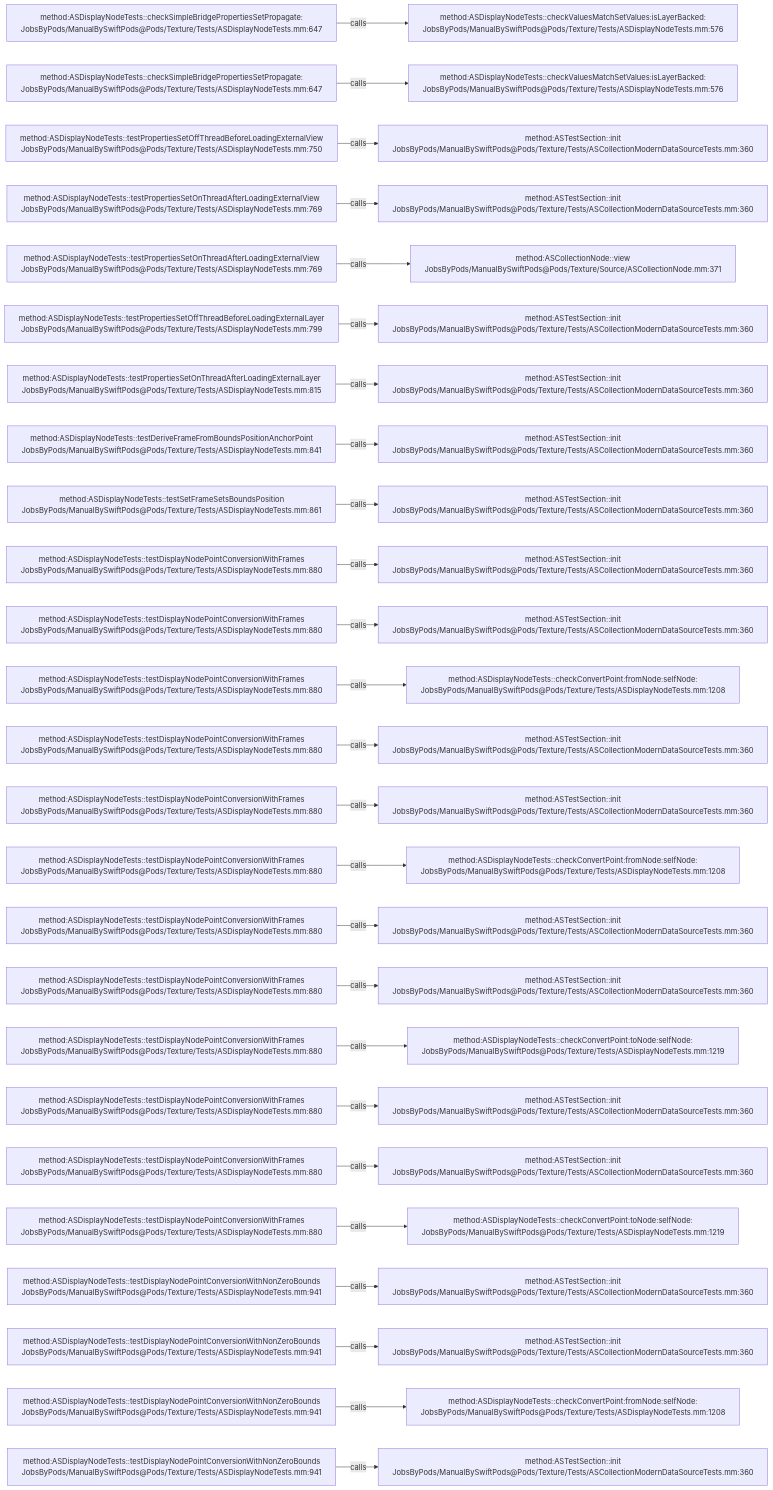
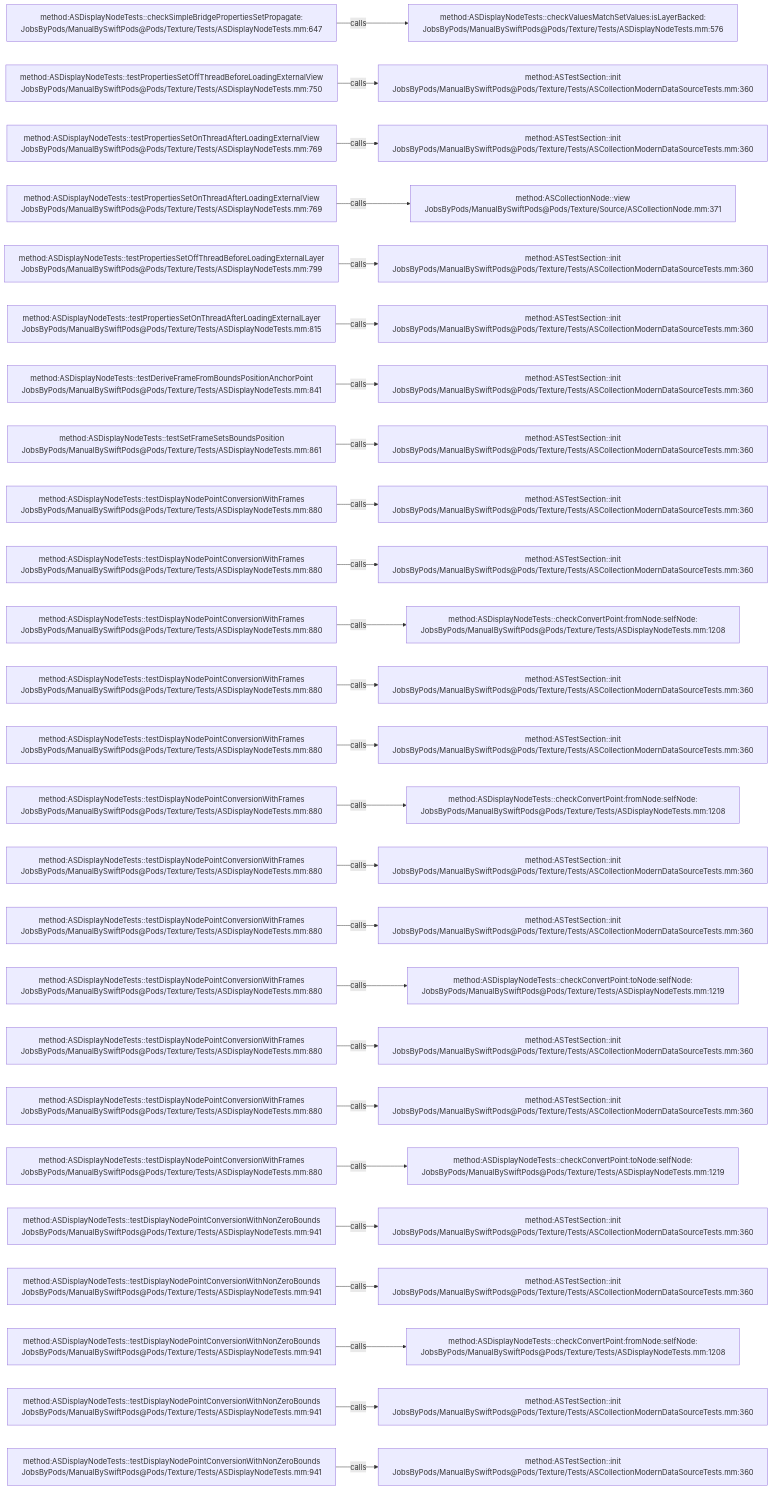
One commit to JobsKits/JobsSwiftBaseConfigDemo changed the diagram in .codegraph/codegraph.md/graphs/calls-188.md. Above: the diagram before and after it, drawn with Mermaid. The commit also changed 747 other files, not shown here.

````diff
--- a/.codegraph/codegraph.md/graphs/calls-188.md
+++ b/.codegraph/codegraph.md/graphs/calls-188.md
@@ -13,78 +13,78 @@
 ```mermaid
 flowchart LR
   S1["method:ASDisplayNodeTests::checkSimpleBridgePropertiesSetPropagate:<br/>JobsByPods/ManualBySwiftPods@Pods/Texture/Tests/ASDisplayNodeTests.mm:647"]
   T1["method:ASDisplayNodeTests::checkValuesMatchSetValues:isLayerBacked:<br/>JobsByPods/ManualBySwiftPods@Pods/Texture/Tests/ASDisplayNodeTests.mm:576"]
   S1 -->|calls| T1
-  S2["method:ASDisplayNodeTests::checkSimpleBridgePropertiesSetPropagate:<br/>JobsByPods/ManualBySwiftPods@Pods/Texture/Tests/ASDisplayNodeTests.mm:647"]
-  T2["method:ASDisplayNodeTests::checkValuesMatchSetValues:isLayerBacked:<br/>JobsByPods/ManualBySwiftPods@Pods/Texture/Tests/ASDisplayNodeTests.mm:576"]
+  S2["method:ASDisplayNodeTests::testPropertiesSetOffThreadBeforeLoadingExternalView<br/>JobsByPods/ManualBySwiftPods@Pods/Texture/Tests/ASDisplayNodeTests.mm:750"]
+  T2["method:ASTestSection::init<br/>JobsByPods/ManualBySwiftPods@Pods/Texture/Tests/ASCollectionModernDataSourceTests.mm:360"]
   S2 -->|calls| T2
-  S3["method:ASDisplayNodeTests::testPropertiesSetOffThreadBeforeLoadingExternalView<br/>JobsByPods/ManualBySwiftPods@Pods/Texture/Tests/ASDisplayNodeTests.mm:750"]
+  S3["method:ASDisplayNodeTests::testPropertiesSetOnThreadAfterLoadingExternalView<br/>JobsByPods/ManualBySwiftPods@Pods/Texture/Tests/ASDisplayNodeTests.mm:769"]
   T3["method:ASTestSection::init<br/>JobsByPods/ManualBySwiftPods@Pods/Texture/Tests/ASCollectionModernDataSourceTests.mm:360"]
   S3 -->|calls| T3
   S4["method:ASDisplayNodeTests::testPropertiesSetOnThreadAfterLoadingExternalView<br/>JobsByPods/ManualBySwiftPods@Pods/Texture/Tests/ASDisplayNodeTests.mm:769"]
-  T4["method:ASTestSection::init<br/>JobsByPods/ManualBySwiftPods@Pods/Texture/Tests/ASCollectionModernDataSourceTests.mm:360"]
+  T4["method:ASCollectionNode::view<br/>JobsByPods/ManualBySwiftPods@Pods/Texture/Source/ASCollectionNode.mm:371"]
   S4 -->|calls| T4
-  S5["method:ASDisplayNodeTests::testPropertiesSetOnThreadAfterLoadingExternalView<br/>JobsByPods/ManualBySwiftPods@Pods/Texture/Tests/ASDisplayNodeTests.mm:769"]
-  T5["method:ASCollectionNode::view<br/>JobsByPods/ManualBySwiftPods@Pods/Texture/Source/ASCollectionNode.mm:371"]
+  S5["method:ASDisplayNodeTests::testPropertiesSetOffThreadBeforeLoadingExternalLayer<br/>JobsByPods/ManualBySwiftPods@Pods/Texture/Tests/ASDisplayNodeTests.mm:799"]
+  T5["method:ASTestSection::init<br/>JobsByPods/ManualBySwiftPods@Pods/Texture/Tests/ASCollectionModernDataSourceTests.mm:360"]
   S5 -->|calls| T5
-  S6["method:ASDisplayNodeTests::testPropertiesSetOffThreadBeforeLoadingExternalLayer<br/>JobsByPods/ManualBySwiftPods@Pods/Texture/Tests/ASDisplayNodeTests.mm:799"]
+  S6["method:ASDisplayNodeTests::testPropertiesSetOnThreadAfterLoadingExternalLayer<br/>JobsByPods/ManualBySwiftPods@Pods/Texture/Tests/ASDisplayNodeTests.mm:815"]
   T6["method:ASTestSection::init<br/>JobsByPods/ManualBySwiftPods@Pods/Texture/Tests/ASCollectionModernDataSourceTests.mm:360"]
   S6 -->|calls| T6
-  S7["method:ASDisplayNodeTests::testPropertiesSetOnThreadAfterLoadingExternalLayer<br/>JobsByPods/ManualBySwiftPods@Pods/Texture/Tests/ASDisplayNodeTests.mm:815"]
+  S7["method:ASDisplayNodeTests::testDeriveFrameFromBoundsPositionAnchorPoint<br/>JobsByPods/ManualBySwiftPods@Pods/Texture/Tests/ASDisplayNodeTests.mm:841"]
   T7["method:ASTestSection::init<br/>JobsByPods/ManualBySwiftPods@Pods/Texture/Tests/ASCollectionModernDataSourceTests.mm:360"]
   S7 -->|calls| T7
-  S8["method:ASDisplayNodeTests::testDeriveFrameFromBoundsPositionAnchorPoint<br/>JobsByPods/ManualBySwiftPods@Pods/Texture/Tests/ASDisplayNodeTests.mm:841"]
+  S8["method:ASDisplayNodeTests::testSetFrameSetsBoundsPosition<br/>JobsByPods/ManualBySwiftPods@Pods/Texture/Tests/ASDisplayNodeTests.mm:861"]
   T8["method:ASTestSection::init<br/>JobsByPods/ManualBySwiftPods@Pods/Texture/Tests/ASCollectionModernDataSourceTests.mm:360"]
   S8 -->|calls| T8
-  S9["method:ASDisplayNodeTests::testSetFrameSetsBoundsPosition<br/>JobsByPods/ManualBySwiftPods@Pods/Texture/Tests/ASDisplayNodeTests.mm:861"]
+  S9["method:ASDisplayNodeTests::testDisplayNodePointConversionWithFrames<br/>JobsByPods/ManualBySwiftPods@Pods/Texture/Tests/ASDisplayNodeTests.mm:880"]
   T9["method:ASTestSection::init<br/>JobsByPods/ManualBySwiftPods@Pods/Texture/Tests/ASCollectionModernDataSourceTests.mm:360"]
   S9 -->|calls| T9
   S10["method:ASDisplayNodeTests::testDisplayNodePointConversionWithFrames<br/>JobsByPods/ManualBySwiftPods@Pods/Texture/Tests/ASDisplayNodeTests.mm:880"]
   T10["method:ASTestSection::init<br/>JobsByPods/ManualBySwiftPods@Pods/Texture/Tests/ASCollectionModernDataSourceTests.mm:360"]
   S10 -->|calls| T10
   S11["method:ASDisplayNodeTests::testDisplayNodePointConversionWithFrames<br/>JobsByPods/ManualBySwiftPods@Pods/Texture/Tests/ASDisplayNodeTests.mm:880"]
-  T11["method:ASTestSection::init<br/>JobsByPods/ManualBySwiftPods@Pods/Texture/Tests/ASCollectionModernDataSourceTests.mm:360"]
+  T11["method:ASDisplayNodeTests::checkConvertPoint:fromNode:selfNode:<br/>JobsByPods/ManualBySwiftPods@Pods/Texture/Tests/ASDisplayNodeTests.mm:1208"]
   S11 -->|calls| T11
   S12["method:ASDisplayNodeTests::testDisplayNodePointConversionWithFrames<br/>JobsByPods/ManualBySwiftPods@Pods/Texture/Tests/ASDisplayNodeTests.mm:880"]
-  T12["method:ASDisplayNodeTests::checkConvertPoint:fromNode:selfNode:<br/>JobsByPods/ManualBySwiftPods@Pods/Texture/Tests/ASDisplayNodeTests.mm:1208"]
+  T12["method:ASTestSection::init<br/>JobsByPods/ManualBySwiftPods@Pods/Texture/Tests/ASCollectionModernDataSourceTests.mm:360"]
   S12 -->|calls| T12
   S13["method:ASDisplayNodeTests::testDisplayNodePointConversionWithFrames<br/>JobsByPods/ManualBySwiftPods@Pods/Texture/Tests/ASDisplayNodeTests.mm:880"]
   T13["method:ASTestSection::init<br/>JobsByPods/ManualBySwiftPods@Pods/Texture/Tests/ASCollectionModernDataSourceTests.mm:360"]
   S13 -->|calls| T13
   S14["method:ASDisplayNodeTests::testDisplayNodePointConversionWithFrames<br/>JobsByPods/ManualBySwiftPods@Pods/Texture/Tests/ASDisplayNodeTests.mm:880"]
-  T14["method:ASTestSection::init<br/>JobsByPods/ManualBySwiftPods@Pods/Texture/Tests/ASCollectionModernDataSourceTests.mm:360"]
+  T14["method:ASDisplayNodeTests::checkConvertPoint:fromNode:selfNode:<br/>JobsByPods/ManualBySwiftPods@Pods/Texture/Tests/ASDisplayNodeTests.mm:1208"]
   S14 -->|calls| T14
   S15["method:ASDisplayNodeTests::testDisplayNodePointConversionWithFrames<br/>JobsByPods/ManualBySwiftPods@Pods/Texture/Tests/ASDisplayNodeTests.mm:880"]
-  T15["method:ASDisplayNodeTests::checkConvertPoint:fromNode:selfNode:<br/>JobsByPods/ManualBySwiftPods@Pods/Texture/Tests/ASDisplayNodeTests.mm:1208"]
+  T15["method:ASTestSection::init<br/>JobsByPods/ManualBySwiftPods@Pods/Texture/Tests/ASCollectionModernDataSourceTests.mm:360"]
   S15 -->|calls| T15
   S16["method:ASDisplayNodeTests::testDisplayNodePointConversionWithFrames<br/>JobsByPods/ManualBySwiftPods@Pods/Texture/Tests/ASDisplayNodeTests.mm:880"]
   T16["method:ASTestSection::init<br/>JobsByPods/ManualBySwiftPods@Pods/Texture/Tests/ASCollectionModernDataSourceTests.mm:360"]
   S16 -->|calls| T16
   S17["method:ASDisplayNodeTests::testDisplayNodePointConversionWithFrames<br/>JobsByPods/ManualBySwiftPods@Pods/Texture/Tests/ASDisplayNodeTests.mm:880"]
-  T17["method:ASTestSection::init<br/>JobsByPods/ManualBySwiftPods@Pods/Texture/Tests/ASCollectionModernDataSourceTests.mm:360"]
+  T17["method:ASDisplayNodeTests::checkConvertPoint:toNode:selfNode:<br/>JobsByPods/ManualBySwiftPods@Pods/Texture/Tests/ASDisplayNodeTests.mm:1219"]
   S17 -->|calls| T17
   S18["method:ASDisplayNodeTests::testDisplayNodePointConversionWithFrames<br/>JobsByPods/ManualBySwiftPods@Pods/Texture/Tests/ASDisplayNodeTests.mm:880"]
-  T18["method:ASDisplayNodeTests::checkConvertPoint:toNode:selfNode:<br/>JobsByPods/ManualBySwiftPods@Pods/Texture/Tests/ASDisplayNodeTests.mm:1219"]
+  T18["method:ASTestSection::init<br/>JobsByPods/ManualBySwiftPods@Pods/Texture/Tests/ASCollectionModernDataSourceTests.mm:360"]
   S18 -->|calls| T18
   S19["method:ASDisplayNodeTests::testDisplayNodePointConversionWithFrames<br/>JobsByPods/ManualBySwiftPods@Pods/Texture/Tests/ASDisplayNodeTests.mm:880"]
   T19["method:ASTestSection::init<br/>JobsByPods/ManualBySwiftPods@Pods/Texture/Tests/ASCollectionModernDataSourceTests.mm:360"]
   S19 -->|calls| T19
   S20["method:ASDisplayNodeTests::testDisplayNodePointConversionWithFrames<br/>JobsByPods/ManualBySwiftPods@Pods/Texture/Tests/ASDisplayNodeTests.mm:880"]
-  T20["method:ASTestSection::init<br/>JobsByPods/ManualBySwiftPods@Pods/Texture/Tests/ASCollectionModernDataSourceTests.mm:360"]
+  T20["method:ASDisplayNodeTests::checkConvertPoint:toNode:selfNode:<br/>JobsByPods/ManualBySwiftPods@Pods/Texture/Tests/ASDisplayNodeTests.mm:1219"]
   S20 -->|calls| T20
-  S21["method:ASDisplayNodeTests::testDisplayNodePointConversionWithFrames<br/>JobsByPods/ManualBySwiftPods@Pods/Texture/Tests/ASDisplayNodeTests.mm:880"]
-  T21["method:ASDisplayNodeTests::checkConvertPoint:toNode:selfNode:<br/>JobsByPods/ManualBySwiftPods@Pods/Texture/Tests/ASDisplayNodeTests.mm:1219"]
+  S21["method:ASDisplayNodeTests::testDisplayNodePointConversionWithNonZeroBounds<br/>JobsByPods/ManualBySwiftPods@Pods/Texture/Tests/ASDisplayNodeTests.mm:941"]
+  T21["method:ASTestSection::init<br/>JobsByPods/ManualBySwiftPods@Pods/Texture/Tests/ASCollectionModernDataSourceTests.mm:360"]
   S21 -->|calls| T21
   S22["method:ASDisplayNodeTests::testDisplayNodePointConversionWithNonZeroBounds<br/>JobsByPods/ManualBySwiftPods@Pods/Texture/Tests/ASDisplayNodeTests.mm:941"]
   T22["method:ASTestSection::init<br/>JobsByPods/ManualBySwiftPods@Pods/Texture/Tests/ASCollectionModernDataSourceTests.mm:360"]
   S22 -->|calls| T22
   S23["method:ASDisplayNodeTests::testDisplayNodePointConversionWithNonZeroBounds<br/>JobsByPods/ManualBySwiftPods@Pods/Texture/Tests/ASDisplayNodeTests.mm:941"]
-  T23["method:ASTestSection::init<br/>JobsByPods/ManualBySwiftPods@Pods/Texture/Tests/ASCollectionModernDataSourceTests.mm:360"]
+  T23["method:ASDisplayNodeTests::checkConvertPoint:fromNode:selfNode:<br/>JobsByPods/ManualBySwiftPods@Pods/Texture/Tests/ASDisplayNodeTests.mm:1208"]
   S23 -->|calls| T23
   S24["method:ASDisplayNodeTests::testDisplayNodePointConversionWithNonZeroBounds<br/>JobsByPods/ManualBySwiftPods@Pods/Texture/Tests/ASDisplayNodeTests.mm:941"]
-  T24["method:ASDisplayNodeTests::checkConvertPoint:fromNode:selfNode:<br/>JobsByPods/ManualBySwiftPods@Pods/Texture/Tests/ASDisplayNodeTests.mm:1208"]
+  T24["method:ASTestSection::init<br/>JobsByPods/ManualBySwiftPods@Pods/Texture/Tests/ASCollectionModernDataSourceTests.mm:360"]
   S24 -->|calls| T24
   S25["method:ASDisplayNodeTests::testDisplayNodePointConversionWithNonZeroBounds<br/>JobsByPods/ManualBySwiftPods@Pods/Texture/Tests/ASDisplayNodeTests.mm:941"]
   T25["method:ASTestSection::init<br/>JobsByPods/ManualBySwiftPods@Pods/Texture/Tests/ASCollectionModernDataSourceTests.mm:360"]
   S25 -->|calls| T25
 ```
````
